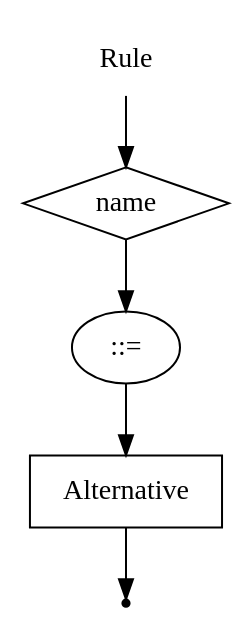
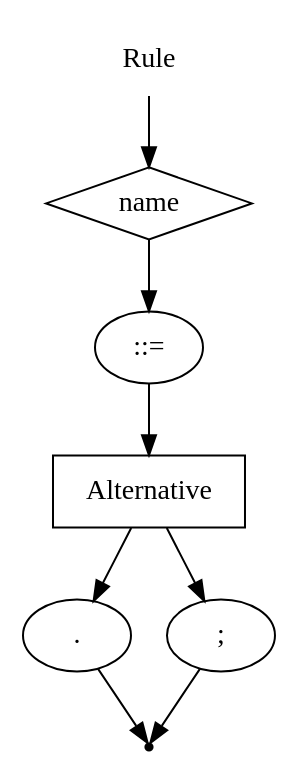
Before and after one commit to EgorGoluzin/DSL: the diagram in DSLTools/examples/rbnf/wirth/Rule.gv, drawn with Graphviz. The commit also changed 4 other files, not shown here.

```diff
--- a/DSLTools/examples/rbnf/wirth/Rule.gv
+++ b/DSLTools/examples/rbnf/wirth/Rule.gv
@@ -1,11 +1,16 @@
 digraph Rule {
     start [label = "Rule" shape = plaintext];
     end [label = "" shape = point];
     A [label = "name" shape = diamond];
     B [label = "::=" shape = oval];
     C [label = "Alternative" shape = box];
+    D [label="." shape=oval];
+    E [label=";" shape=oval];
     start -> A;
     A -> B;
     B -> C;
-    C -> end;
+    C -> D;
+    C -> E;
+    D -> end;
+    E -> end;
 }
```
